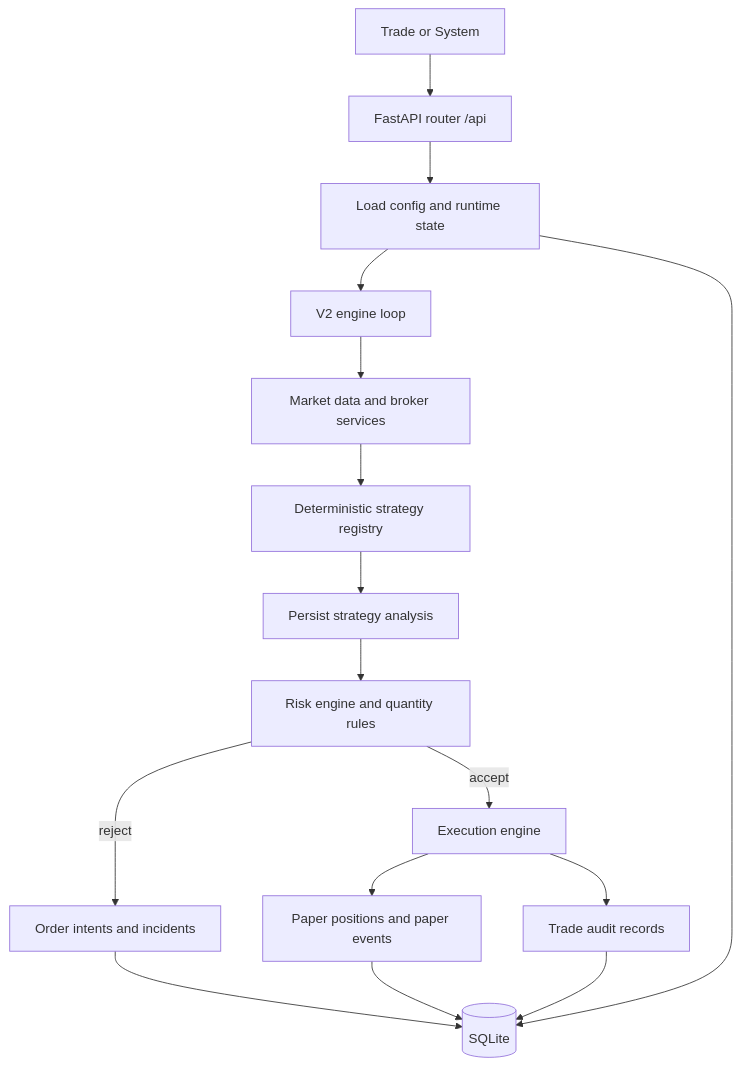
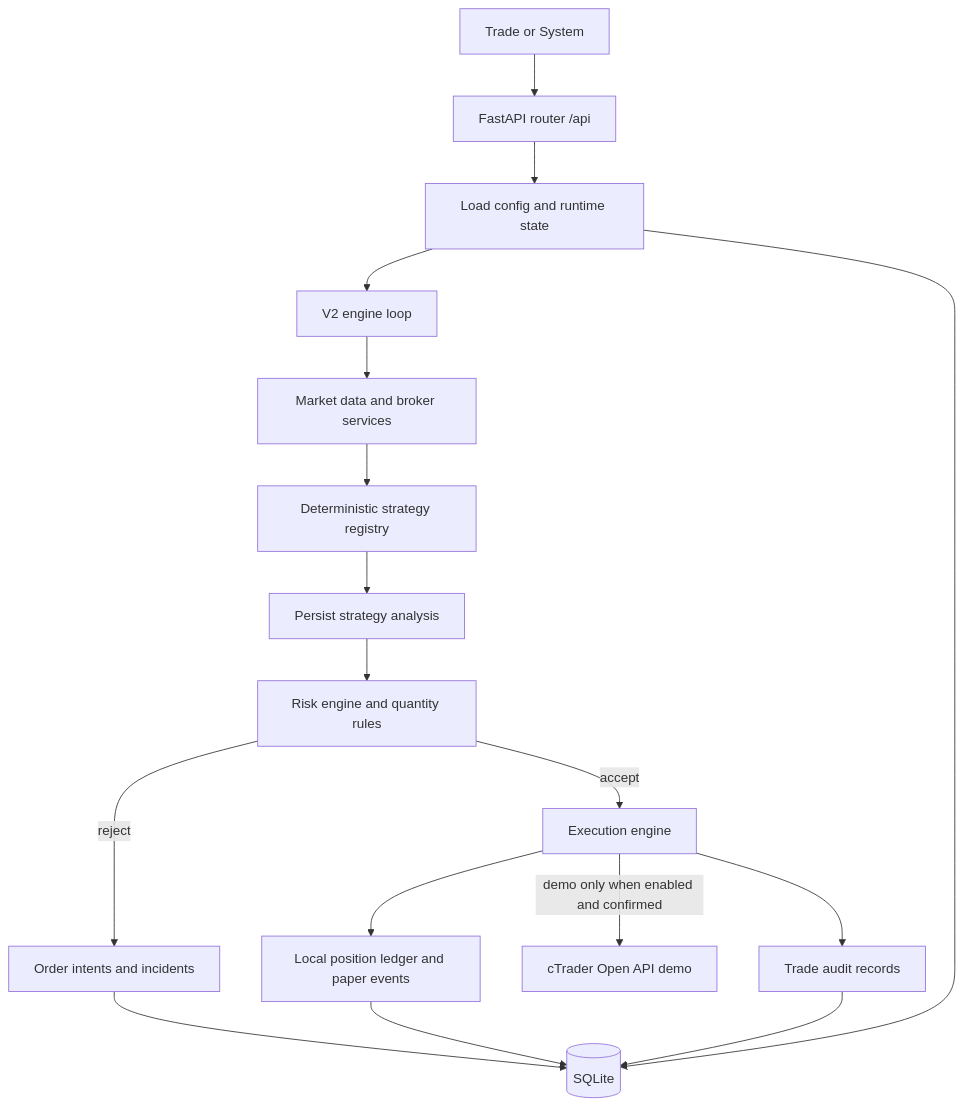
One commit to maghdam/GenAI-MultiAgent-TradingSystem changed the first of 3 diagrams in ARCHITECTURE.md. Above: the diagram before and after it, drawn with Mermaid. The commit also changed other lines of this file and 5 other files, not shown here.

````diff
--- a/ARCHITECTURE.md
+++ b/ARCHITECTURE.md
@@ -122,18 +122,19 @@
 ```mermaid
 graph TD
   UI[Trade or System] --> API[FastAPI router /api]
   API --> CFG[Load config and runtime state]
   CFG --> ENG[V2 engine loop]
   ENG --> MD[Market data and broker services]
   MD --> STRAT[Deterministic strategy registry]
   STRAT --> ANALYSIS[Persist strategy analysis]
   ANALYSIS --> RISK[Risk engine and quantity rules]
   RISK -->|reject| INTENTS[Order intents and incidents]
   RISK -->|accept| EXEC[Execution engine]
-  EXEC --> PAPER[Paper positions and paper events]
+  EXEC --> PAPER[Local position ledger and paper events]
+  EXEC -->|demo only when enabled and confirmed| CTRADER[cTrader Open API demo]
   EXEC --> AUDIT[Trade audit records]
   INTENTS --> DB[(SQLite)]
   PAPER --> DB
   AUDIT --> DB
   CFG --> DB
 ```
````
